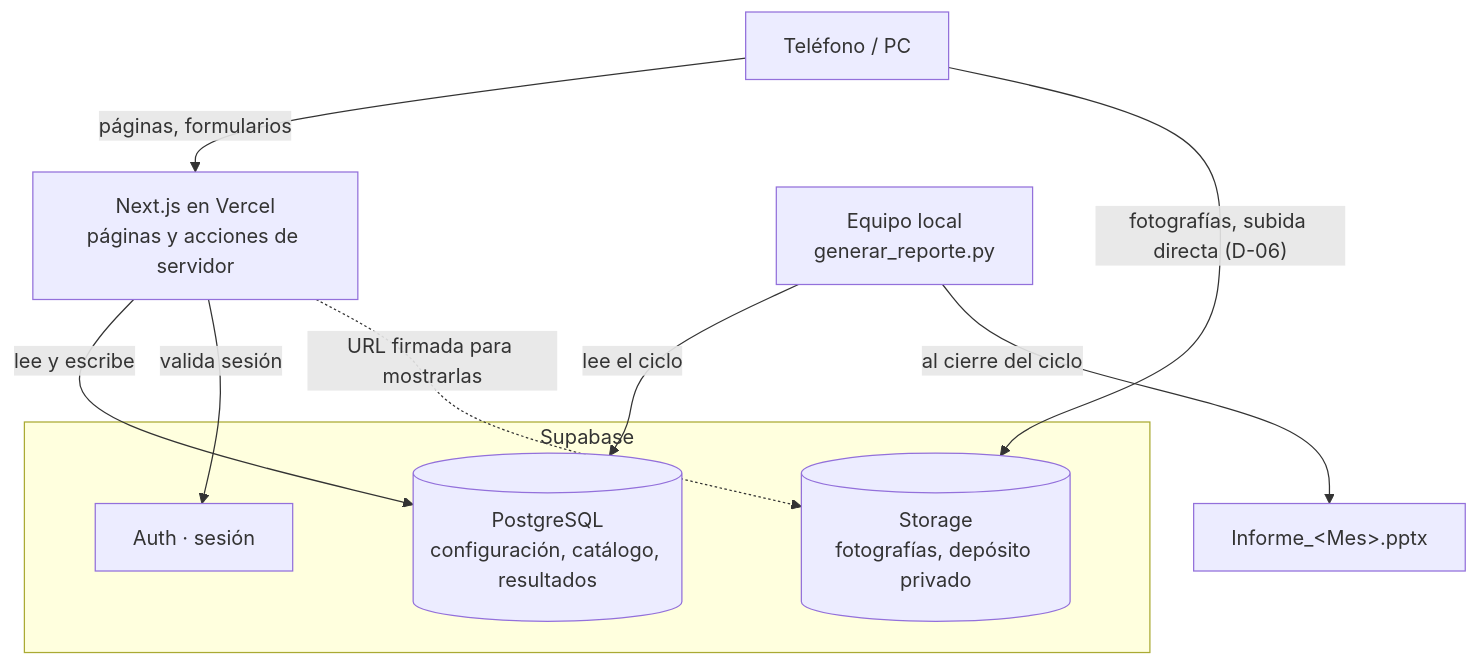
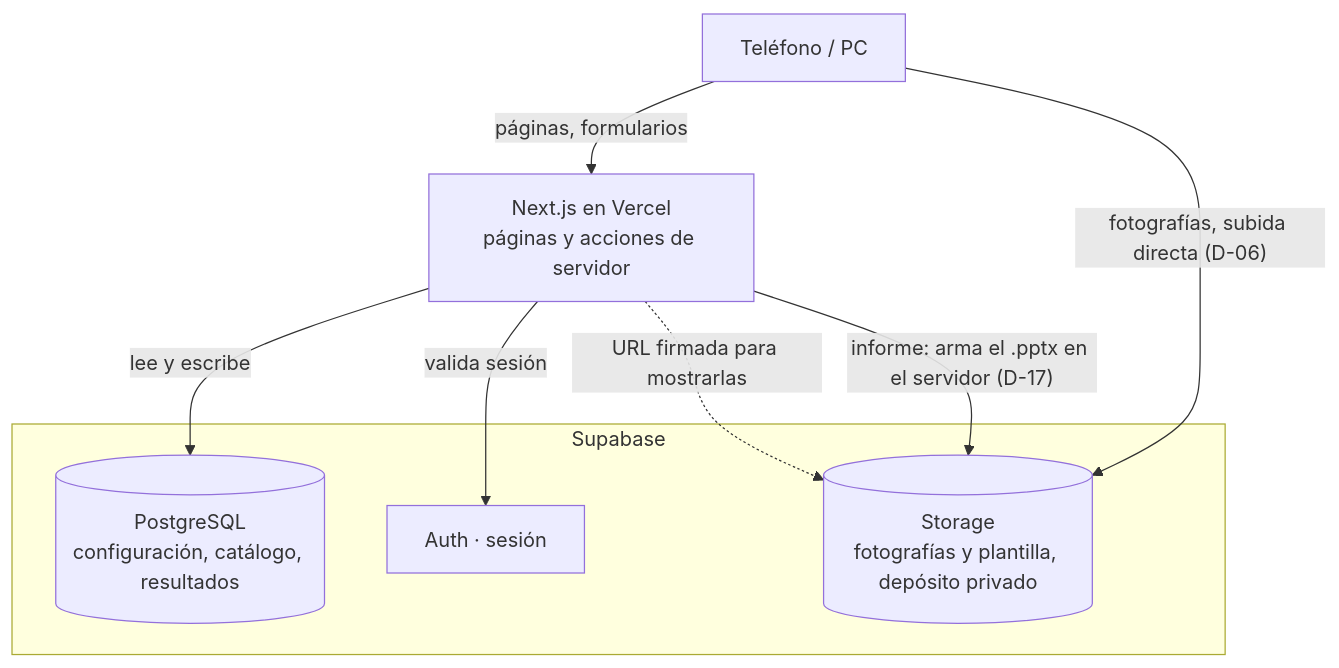
The diagram in README.md (BenchHPZ/captura-revision-periodica-sci), drawn with Mermaid before and after one commit. The commit also changed other lines of this file and 18 other files, not shown here.

````diff
--- a/README.md
+++ b/README.md
@@ -37,21 +38,17 @@
 ```mermaid
 flowchart TD
     U["Teléfono / PC"]
     N["Next.js en Vercel<br/>páginas y acciones de servidor"]
     subgraph S["Supabase"]
         DB[("PostgreSQL<br/>configuración, catálogo, resultados")]
-        ST[("Storage<br/>fotografías, depósito privado")]
+        ST[("Storage<br/>fotografías y plantilla, depósito privado")]
         AU["Auth · sesión"]
     end
-    L["Equipo local<br/>generar_reporte.py"]
-    F["Informe_&lt;Mes&gt;.pptx"]
 
     U -- páginas, formularios --> N
     N -- lee y escribe --> DB
     N -- valida sesión --> AU
     U -- "fotografías, subida directa (D-06)" --> ST
     N -.->|"URL firmada para mostrarlas"| ST
-
-    L -- lee el ciclo --> DB
-    L -- "al cierre del ciclo" --> F
+    N -- "informe: arma el .pptx en el servidor (D-17)" --> ST
 ```
````
